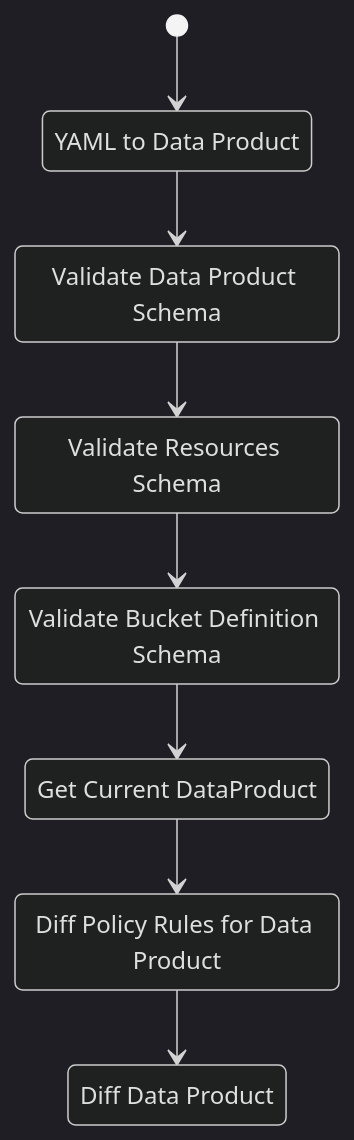
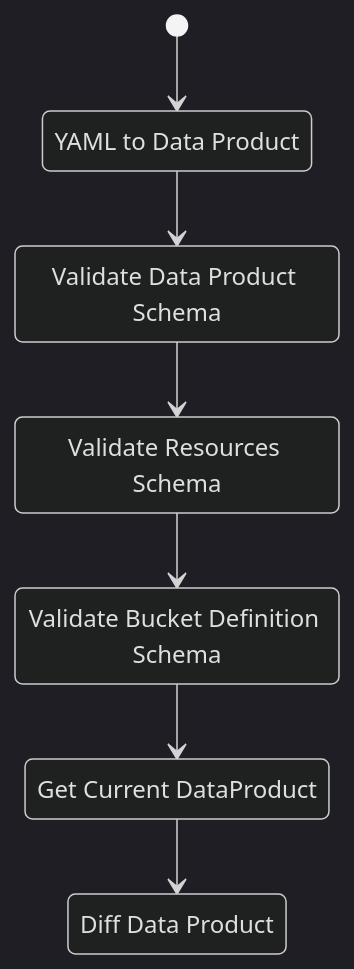
Before and after one commit to fabiangftech/catamesh: the diagram in docs/en/architecture/diagrams/diff.data-product.mmd, drawn with Mermaid (dark theme). The commit also changed 28 other files, not shown here.

```diff
--- a/docs/en/architecture/diagrams/diff.data-product.mmd
+++ b/docs/en/architecture/diagrams/diff.data-product.mmd
@@ -1,15 +1,13 @@
 stateDiagram-v2
     [*] --> yamlToDataProduct
     yamlToDataProduct : YAML to Data Product
     yamlToDataProduct --> validateDataProductSchema
     validateDataProductSchema: Validate Data Product Schema
     validateDataProductSchema --> validateResourceSchema
     validateResourceSchema: Validate Resources Schema
     validateResourceSchema --> validateBucketDefinitionSchema
     validateBucketDefinitionSchema: Validate Bucket Definition Schema
     validateBucketDefinitionSchema --> loadCurrentDataProductForDiff
     loadCurrentDataProductForDiff: Get Current DataProduct
-    loadCurrentDataProductForDiff --> dataProductPolicyRule
-    dataProductPolicyRule:  Diff Policy Rules for Data Product
-    dataProductPolicyRule --> diffDataProductHandler
+    loadCurrentDataProductForDiff --> diffDataProductHandler
     diffDataProductHandler: Diff Data Product
```
